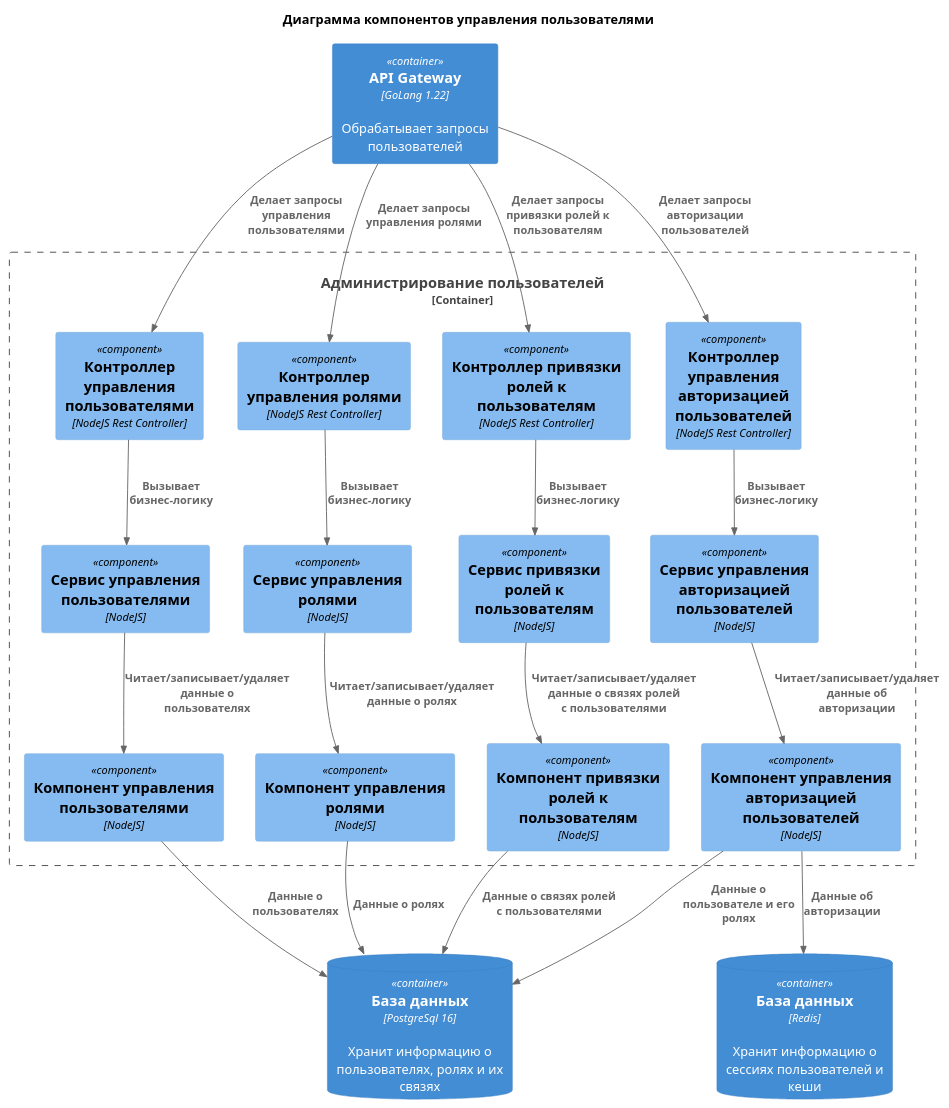
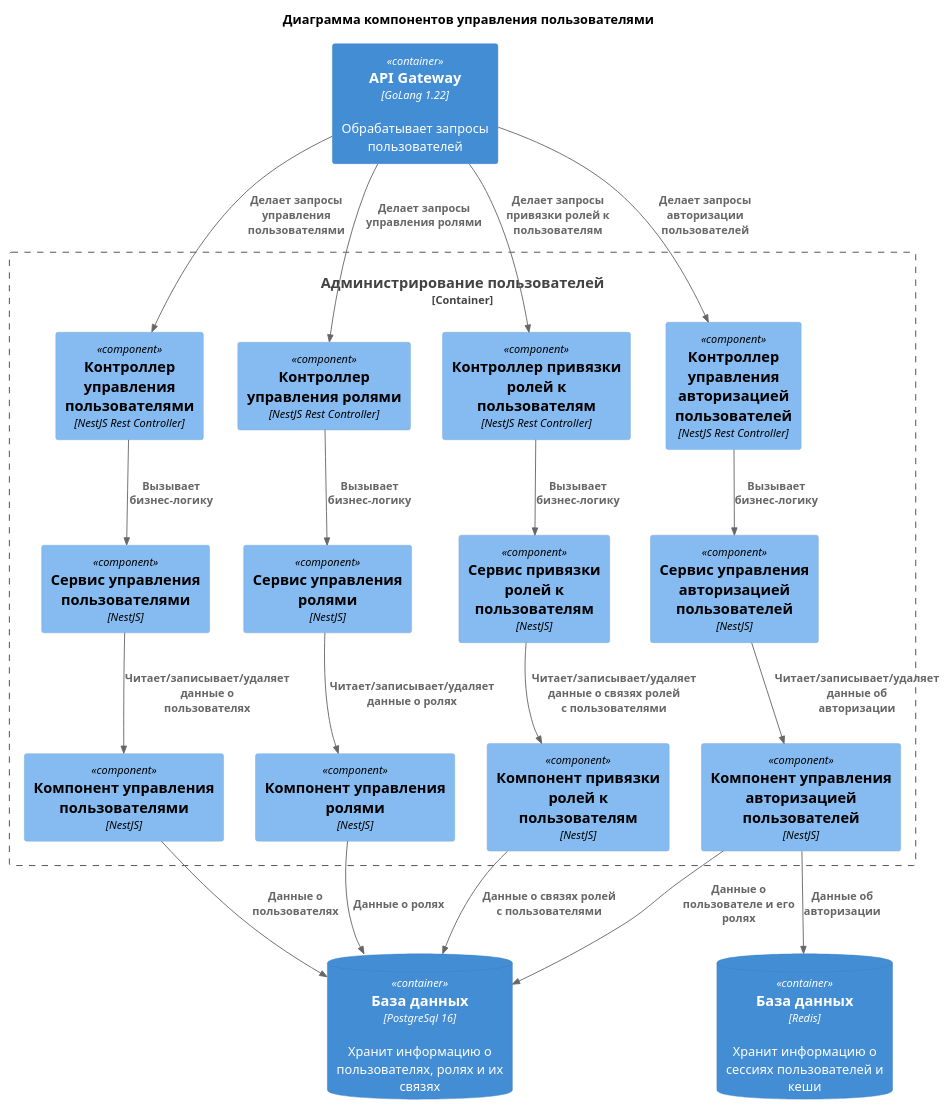
The diagram in diagrams/components/Users.puml (xSparKIx/architecture-pro-warmhouse), drawn with PlantUML before and after one commit. The commit also changed 31 other files, not shown here.

```diff
--- a/diagrams/components/Users.puml
+++ b/diagrams/components/Users.puml
@@ -1,57 +1,57 @@
 @startuml Users component diagram
 title Диаграмма компонентов управления пользователями
 
 !include ../templates/C4_Component.puml
 
 ' Внешние сущности
 Container(APIGateway, "API Gateway", "GoLang 1.22", "Обрабатывает запросы пользователей")
 ContainerDb(db, "База данных", "PostgreSql 16", "Хранит информацию о пользователях, ролях и их связях")
 ContainerDb(redis, "База данных", "Redis", "Хранит информацию о сессиях пользователей и кеши")
 
 ' Контейнер администрирования пользователей
 Container_Boundary(UsersContainer, "Администрирование пользователей") {
     ' Управление учетными записями пользователей
-    Component(UsersController, "Контроллер управления пользователями", "NodeJS Rest Controller")
-    Component(UsersService, "Сервис управления пользователями", "NodeJS")
-    Component(UsersComponent, "Компонент управления пользователями", "NodeJS")
+    Component(UsersController, "Контроллер управления пользователями", "NestJS Rest Controller")
+    Component(UsersService, "Сервис управления пользователями", "NestJS")
+    Component(UsersComponent, "Компонент управления пользователями", "NestJS")
 
     ' Управление ролями
-    Component(RolesController, "Контроллер управления ролями", "NodeJS Rest Controller")
-    Component(RolesService, "Сервис управления ролями", "NodeJS")
-    Component(RolesComponent, "Компонент управления ролями", "NodeJS")
+    Component(RolesController, "Контроллер управления ролями", "NestJS Rest Controller")
+    Component(RolesService, "Сервис управления ролями", "NestJS")
+    Component(RolesComponent, "Компонент управления ролями", "NestJS")
 
     ' Привязка ролей к пользователю
-    Component(RolesConnectController, "Контроллер привязки ролей к пользователям", "NodeJS Rest Controller")
-    Component(RolesConnectService, "Сервис привязки ролей к пользователям", "NodeJS")
-    Component(RolesConnectComponent, "Компонент привязки ролей к пользователям", "NodeJS")
+    Component(RolesConnectController, "Контроллер привязки ролей к пользователям", "NestJS Rest Controller")
+    Component(RolesConnectService, "Сервис привязки ролей к пользователям", "NestJS")
+    Component(RolesConnectComponent, "Компонент привязки ролей к пользователям", "NestJS")
 
     ' Управление авторизацией пользователя
-    Component(AuthController, "Контроллер управления авторизацией пользователей", "NodeJS Rest Controller")
-    Component(AuthService, "Сервис управления авторизацией пользователей", "NodeJS")
-    Component(AuthComponent, "Компонент управления авторизацией пользователей", "NodeJS")
+    Component(AuthController, "Контроллер управления авторизацией пользователей", "NestJS Rest Controller")
+    Component(AuthService, "Сервис управления авторизацией пользователей", "NestJS")
+    Component(AuthComponent, "Компонент управления авторизацией пользователей", "NestJS")
 }
 
 ' Связи
 Rel(APIGateway, UsersController, "Делает запросы управления пользователями")
 Rel(UsersController, UsersService, "Вызывает бизнес-логику")
 Rel(UsersService, UsersComponent, "Читает/записывает/удаляет данные о пользователях")
 Rel(UsersComponent, db, "Данные о пользователях")
 
 Rel(APIGateway, RolesController, "Делает запросы управления ролями")
 Rel(RolesController, RolesService, "Вызывает бизнес-логику")
 Rel(RolesService, RolesComponent, "Читает/записывает/удаляет данные о ролях")
 Rel(RolesComponent, db, "Данные о ролях")
 
 Rel(APIGateway, RolesConnectController, "Делает запросы привязки ролей к пользователям")
 Rel(RolesConnectController, RolesConnectService, "Вызывает бизнес-логику")
 Rel(RolesConnectService, RolesConnectComponent, "Читает/записывает/удаляет данные о связях ролей с пользователями")
 Rel(RolesConnectComponent, db, "Данные о связях ролей с пользователями")
 
 ' Связи управления авторизацией пользователя
 Rel(APIGateway, AuthController, "Делает запросы авторизации пользователей")
 Rel(AuthController, AuthService, "Вызывает бизнес-логику")
 Rel(AuthService, AuthComponent, "Читает/записывает/удаляет данные об авторизации")
 Rel(AuthComponent, redis, "Данные об авторизации")
 Rel(AuthComponent, db, "Данные о пользователе и его ролях")
 
 @endmul
```
